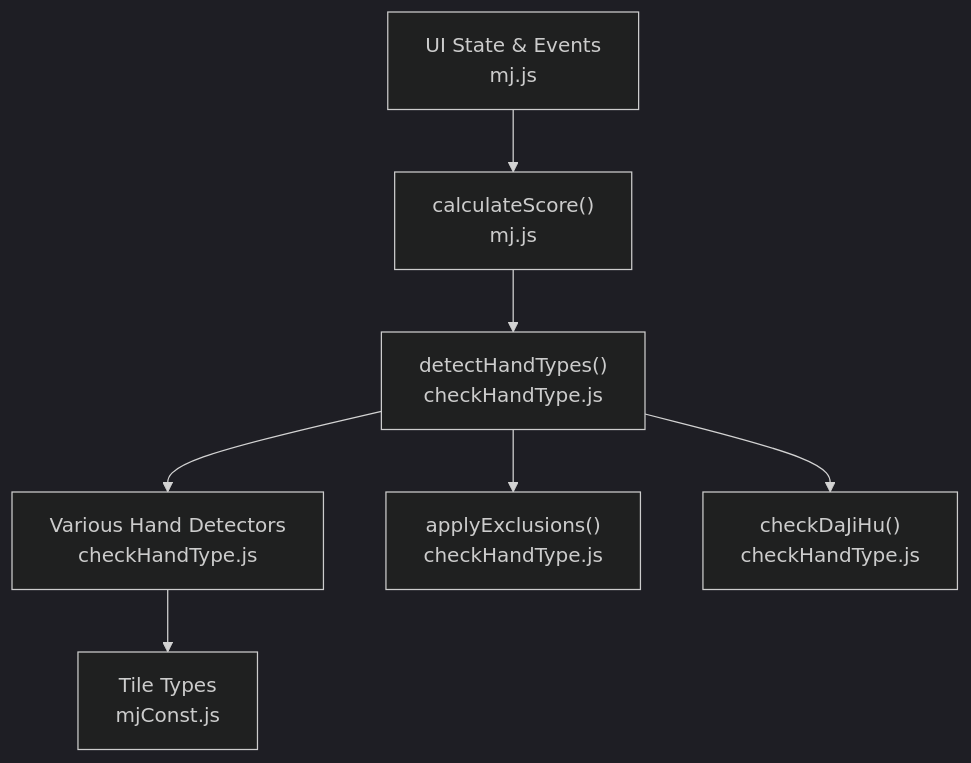
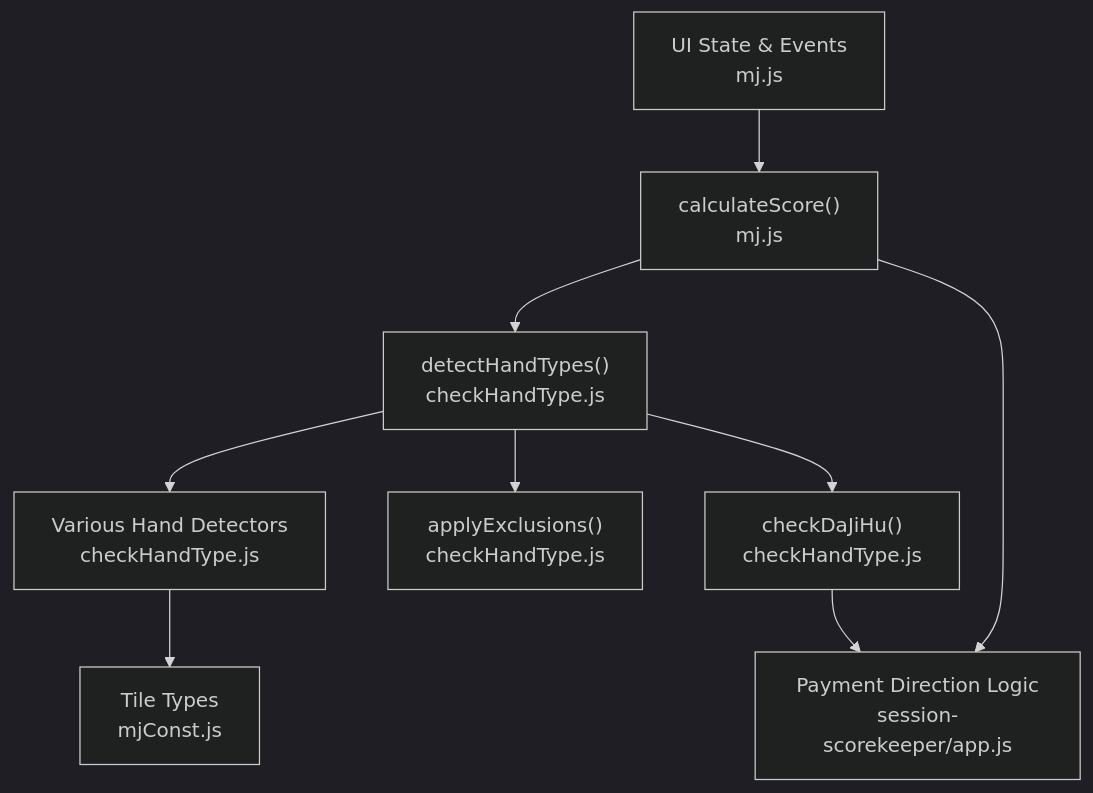
The first of 7 diagrams in .qoder/repowiki/en/content/Scoring System Reference/Scoring Algorithm and Exclusion Rules.md (stc05168/ov-mj-calculator), drawn with Mermaid (dark theme) before and after one commit. The commit also changed other lines of this file and 69 other files, not shown here.

````diff
--- a/.qoder/repowiki/en/content/Scoring System Reference/Scoring Algorithm and Exclusion Rules.md
+++ b/.qoder/repowiki/en/content/Scoring System Reference/Scoring Algorithm and Exclusion Rules.md
@@ -30,9 +40,11 @@
 ```mermaid
 graph TB
 UI["UI State & Events<br/>mj.js"] --> Calc["calculateScore()<br/>mj.js"]
 Calc --> Detect["detectHandTypes()<br/>checkHandType.js"]
 Detect --> Checks["Various Hand Detectors<br/>checkHandType.js"]
 Detect --> Exclude["applyExclusions()<br/>checkHandType.js"]
 Detect --> Special["checkDaJiHu()<br/>checkHandType.js"]
 Checks --> Tiles["Tile Types<br/>mjConst.js"]
+Calc --> Payment["Payment Direction Logic<br/>session-scorekeeper/app.js"]
+Special --> Payment
 ```
````
